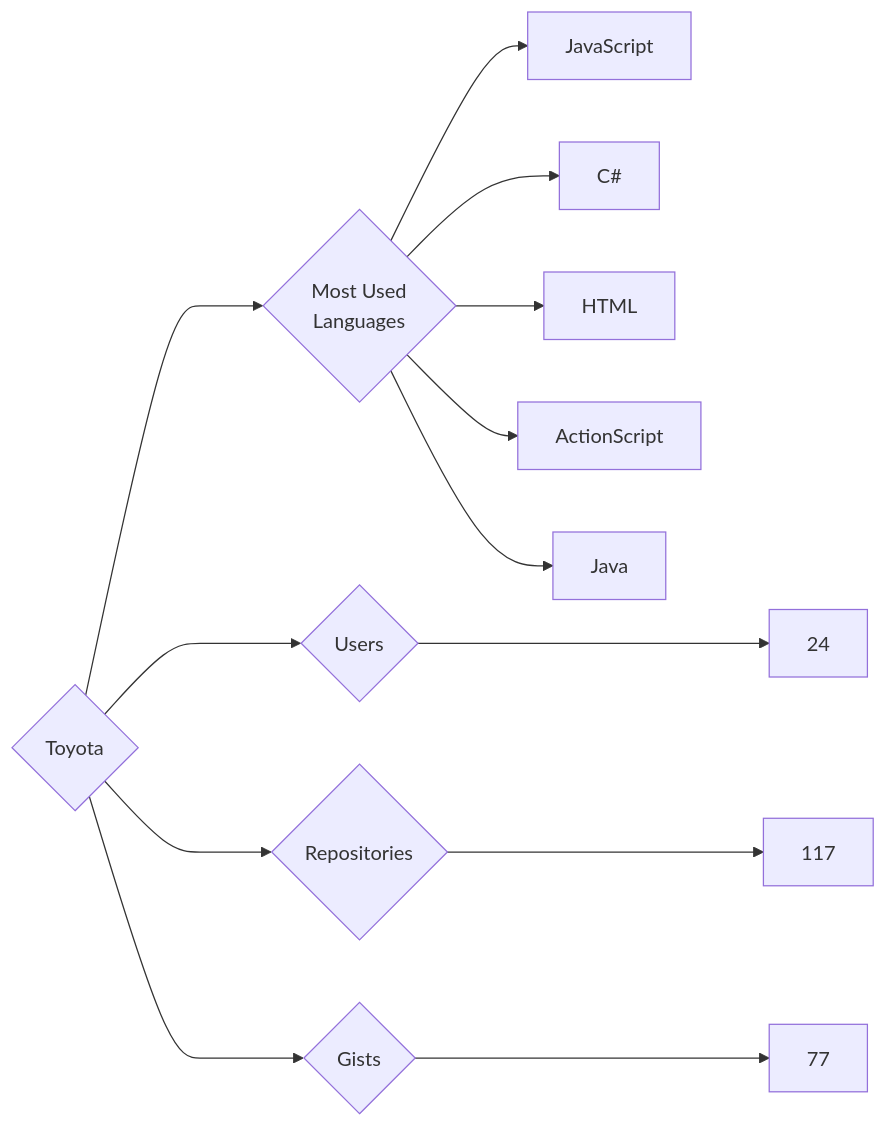
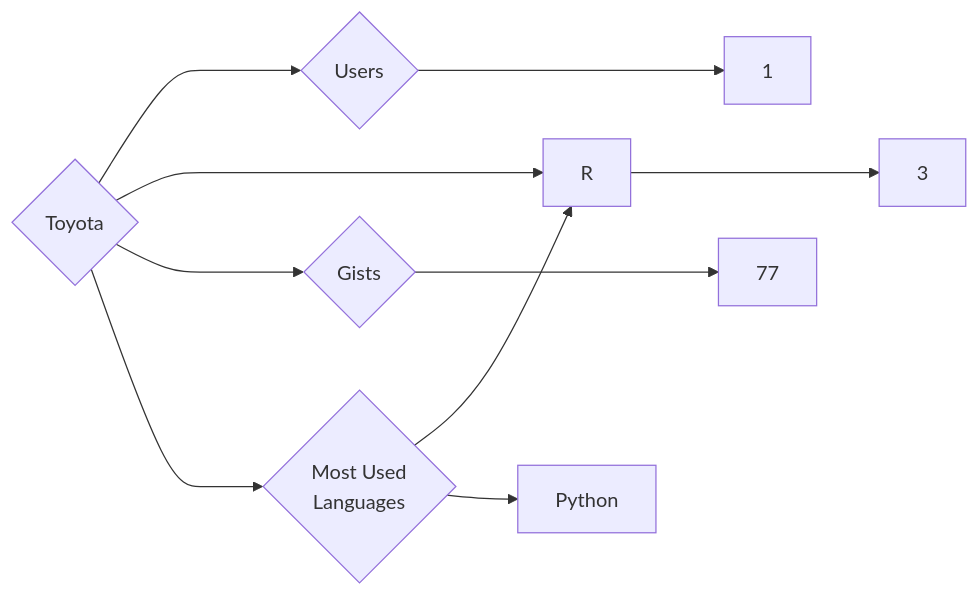
One commit to trickest/insiders changed the diagram in targets/Toyota/README.md. Above: the diagram before and after it, drawn with Mermaid. The commit also changed 851 other files, not shown here.

````diff
--- a/targets/Toyota/README.md
+++ b/targets/Toyota/README.md
@@ -3,13 +3,10 @@
 ```mermaid
 graph LR
 COMPANY_NAME{Toyota}
-COMPANY_NAME ---> U{Users} ---> UN[24]
-COMPANY_NAME ---> R{Repositories} ---> RN[117]
+COMPANY_NAME ---> U{Users} ---> UN[1]
+COMPANY_NAME ---> R{Repositories} ---> RN[3]
 COMPANY_NAME ---> G{Gists} ---> GN[77]
 COMPANY_NAME ---> ML{Most Used<br>Languages}
-ML --> JavaScript[JavaScript]
-ML --> C#[C#]
-ML --> HTML[HTML]
-ML --> ActionScript[ActionScript]
-ML --> Java[Java]
+ML --> R[R]
+ML --> Python[Python]
 ```
````
